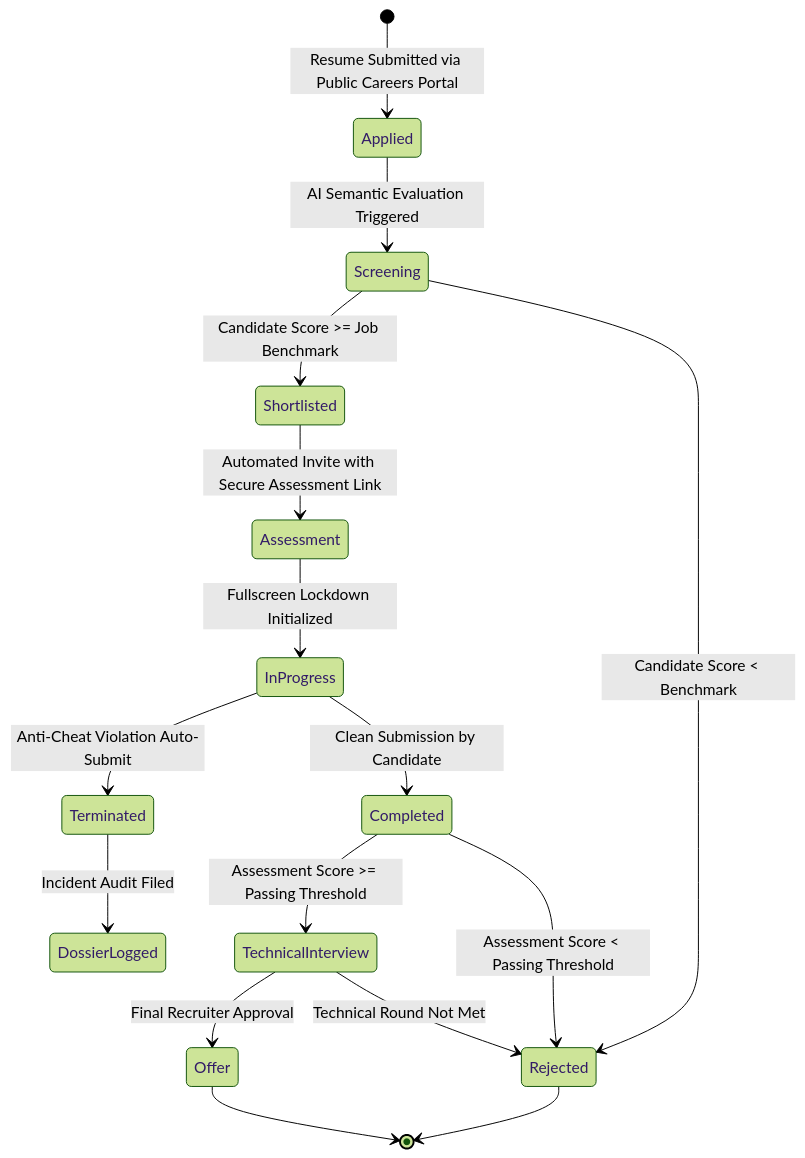
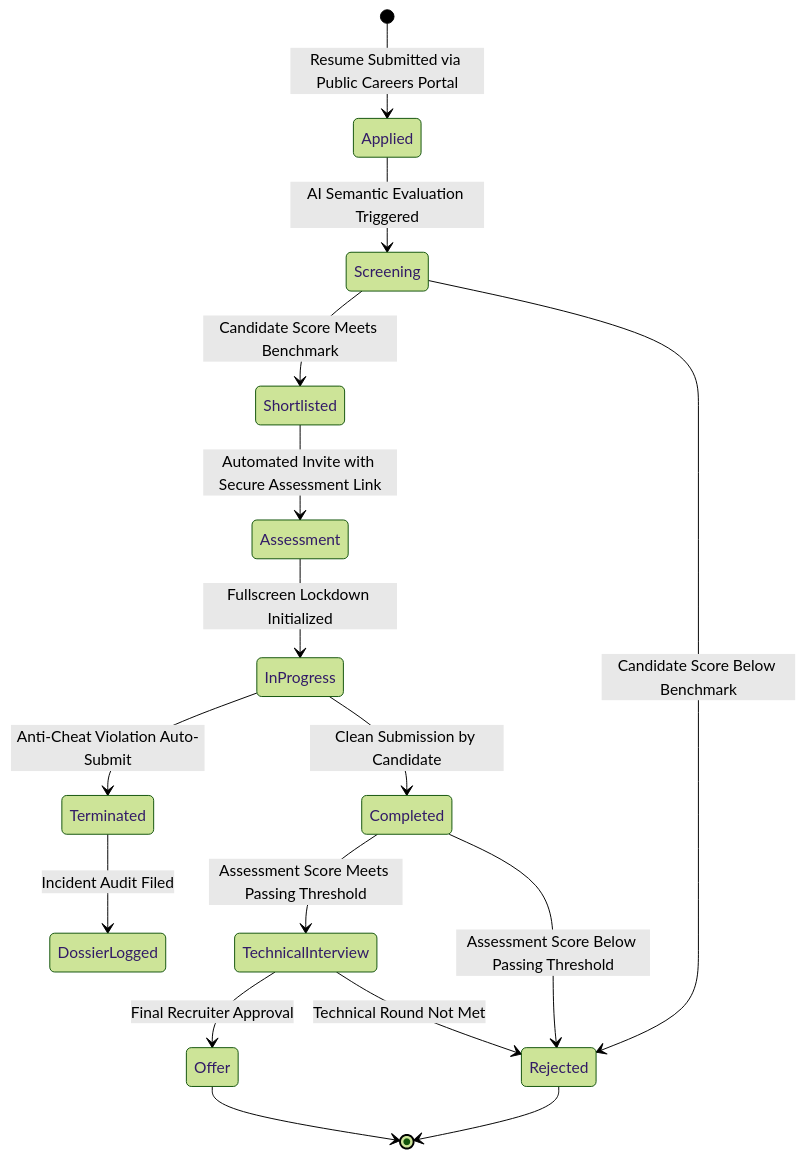
One commit to manoj-chavan-13/AI-Powered-Recruitment-Automation changed the third of 3 diagrams in README.md. Above: the diagram before and after it, drawn with Mermaid (forest theme). The commit also changed other lines of this file, not shown here.

Commit message:
docs: fix Mermaid diagram syntax and markdown formatting in README

````diff
--- a/README.md
+++ b/README.md
@@ -155,18 +163,18 @@
 ```mermaid
 stateDiagram-v2
     [*] --> Applied: Resume Submitted via Public Careers Portal
     Applied --> Screening: AI Semantic Evaluation Triggered
-    Screening --> Shortlisted: Candidate Score >= Job Benchmark
-    Screening --> Rejected: Candidate Score < Benchmark
+    Screening --> Shortlisted: Candidate Score Meets Benchmark
+    Screening --> Rejected: Candidate Score Below Benchmark
     Shortlisted --> Assessment: Automated Invite with Secure Assessment Link
     Assessment --> InProgress: Fullscreen Lockdown Initialized
     InProgress --> Terminated: Anti-Cheat Violation Auto-Submit
     InProgress --> Completed: Clean Submission by Candidate
     Terminated --> DossierLogged: Incident Audit Filed
-    Completed --> TechnicalInterview: Assessment Score >= Passing Threshold
-    Completed --> Rejected: Assessment Score < Passing Threshold
+    Completed --> TechnicalInterview: Assessment Score Meets Passing Threshold
+    Completed --> Rejected: Assessment Score Below Passing Threshold
     TechnicalInterview --> Offer: Final Recruiter Approval
     TechnicalInterview --> Rejected: Technical Round Not Met
     Offer --> [*]
     Rejected --> [*]
 ```
````
